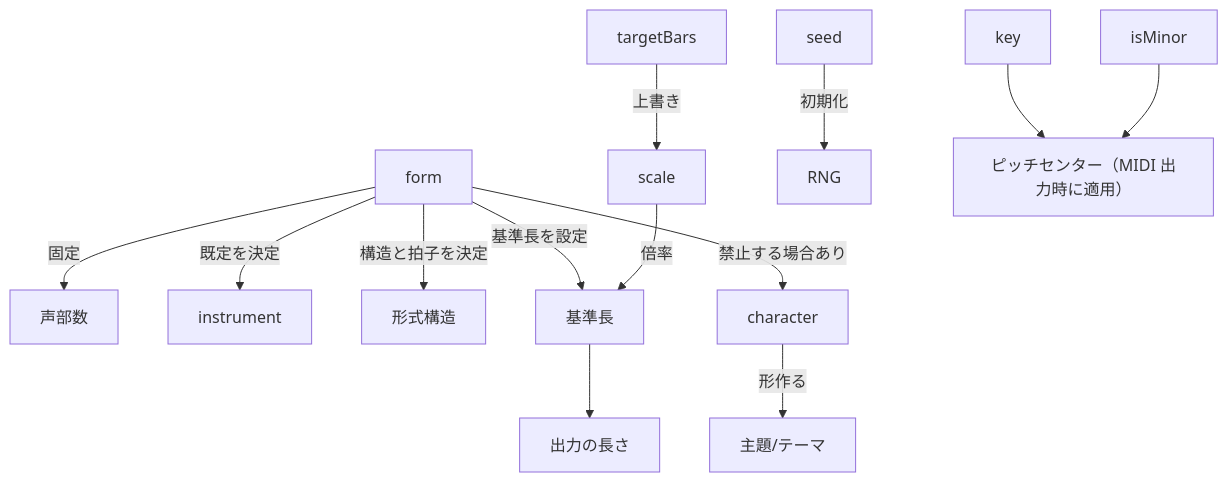
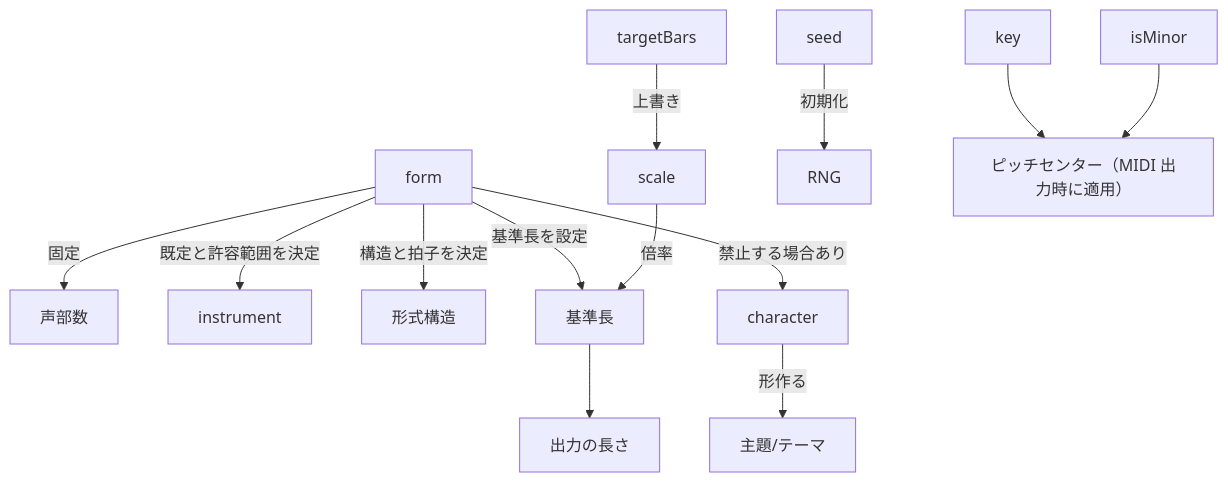
Before and after one commit to libraz/midi-sketch-bach-homepage: the first of 2 diagrams in src/ja/docs/option-relationships.md, drawn with Mermaid. The commit also changed other lines of this file and 15 other files, not shown here.

````diff
--- a/src/ja/docs/option-relationships.md
+++ b/src/ja/docs/option-relationships.md
@@ -16,15 +16,15 @@
 ```mermaid
 graph TD
     A["form"] -->|"固定"| C["声部数"]
-    A -->|"既定を決定"| B["instrument"]
+    A -->|"既定と許容範囲を決定"| B["instrument"]
     A -->|"構造と拍子を決定"| E["形式構造"]
     A -->|"基準長を設定"| P["基準長"]
     F["scale"] -->|"倍率"| P
     P --> G["出力の長さ"]
     H["targetBars"] -->|"上書き"| F
     I["seed"] -->|"初期化"| J["RNG"]
     K["key"] --> L["ピッチセンター（MIDI 出力時に適用）"]
     M["isMinor"] --> L
     N["character"] -->|"形作る"| O["主題/テーマ"]
     A -->|"禁止する場合あり"| N
 ```
````
